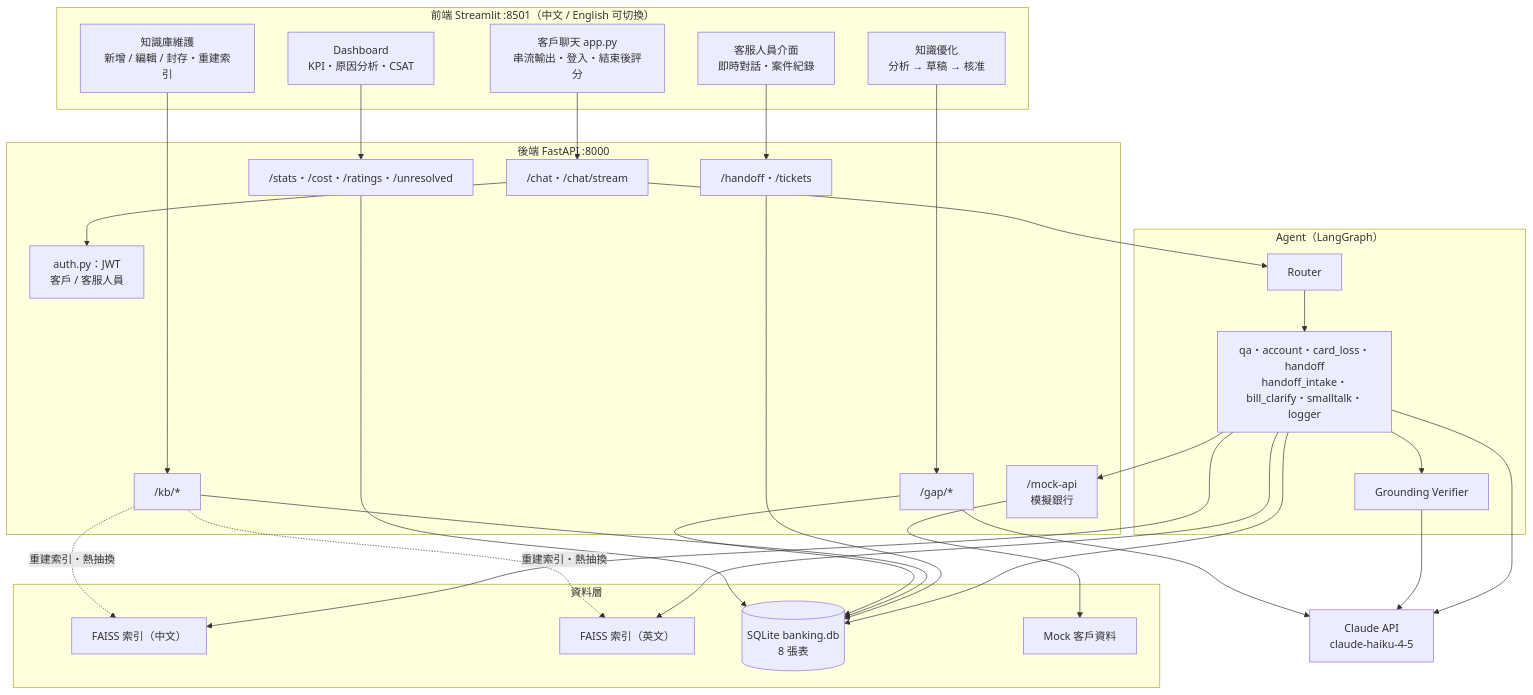
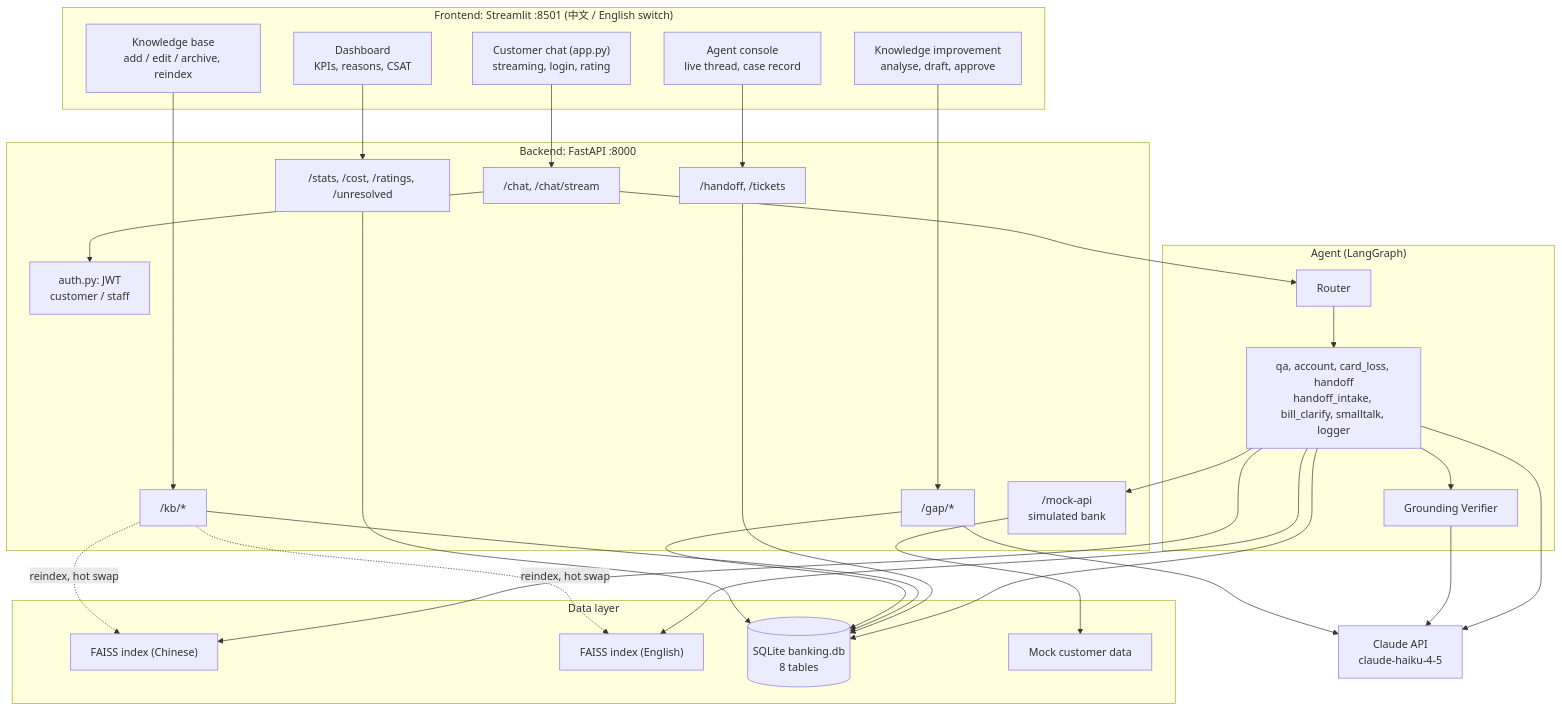
Before and after one commit to YvetLo/mingis-banking-ai-agent: the first of 4 diagrams in docs/architecture.md, drawn with Mermaid. The commit also changed other lines of this file and 11 other files, not shown here.

````diff
--- a/docs/architecture.md
+++ b/docs/architecture.md
@@ -34,57 +35,57 @@
 ```mermaid
 flowchart TB
-    subgraph FE["前端 Streamlit :8501（中文 / English 可切換）"]
-        C["客戶聊天 app.py<br/>串流輸出・登入・結束後評分"]
-        D["Dashboard<br/>KPI・原因分析・CSAT"]
-        A["客服人員介面<br/>即時對話・案件紀錄"]
-        K["知識庫維護<br/>新增 / 編輯 / 封存・重建索引"]
-        G["知識優化<br/>分析 → 草稿 → 核准"]
+    subgraph FE["Frontend: Streamlit :8501 (中文 / English switch)"]
+        C["Customer chat (app.py)<br/>streaming, login, rating"]
+        D["Dashboard<br/>KPIs, reasons, CSAT"]
+        A["Agent console<br/>live thread, case record"]
+        K["Knowledge base<br/>add / edit / archive, reindex"]
+        G["Knowledge improvement<br/>analyse, draft, approve"]
     end
 
-    subgraph BE["後端 FastAPI :8000"]
-        CH["/chat・/chat/stream"]
-        HO["/handoff・/tickets"]
+    subgraph BE["Backend: FastAPI :8000"]
+        CH["/chat, /chat/stream"]
+        HO["/handoff, /tickets"]
         KB["/kb/*"]
         GP["/gap/*"]
-        ST["/stats・/cost・/ratings・/unresolved"]
-        AU["auth.py：JWT<br/>客戶 / 客服人員"]
-        MK["/mock-api<br/>模擬銀行"]
+        ST["/stats, /cost, /ratings, /unresolved"]
+        AU["auth.py: JWT<br/>customer / staff"]
+        MK["/mock-api<br/>simulated bank"]
     end
 
-    subgraph AG["Agent（LangGraph）"]
+    subgraph AG["Agent (LangGraph)"]
         RT["Router"]
-        NODES["qa・account・card_loss・handoff<br/>handoff_intake・bill_clarify・smalltalk・logger"]
+        NODES["qa, account, card_loss, handoff<br/>handoff_intake, bill_clarify, smalltalk, logger"]
         VF["Grounding Verifier"]
     end
 
-    subgraph DT["資料層"]
-        FZ["FAISS 索引（中文）"]
-        FE2["FAISS 索引（英文）"]
-        DB[("SQLite banking.db<br/>8 張表")]
-        MD["Mock 客戶資料"]
+    subgraph DT["Data layer"]
+        FZ["FAISS index (Chinese)"]
+        FE2["FAISS index (English)"]
+        DB[("SQLite banking.db<br/>8 tables")]
+        MD["Mock customer data"]
     end
 
     CL["Claude API<br/>claude-haiku-4-5"]
 
     C --> CH
     A --> HO
     D --> ST
     K --> KB
     G --> GP
     CH --> AU
     CH --> RT --> NODES
     NODES --> VF
     NODES --> CL
     VF --> CL
     GP --> CL
     NODES --> FZ
     NODES --> FE2
     NODES --> MK --> MD
     NODES --> DB
     HO --> DB
     KB --> DB
-    KB -.重建索引・熱抽換.-> FZ
-    KB -.重建索引・熱抽換.-> FE2
+    KB -.reindex, hot swap.-> FZ
+    KB -.reindex, hot swap.-> FE2
     GP --> DB
     ST --> DB
 ```
````
